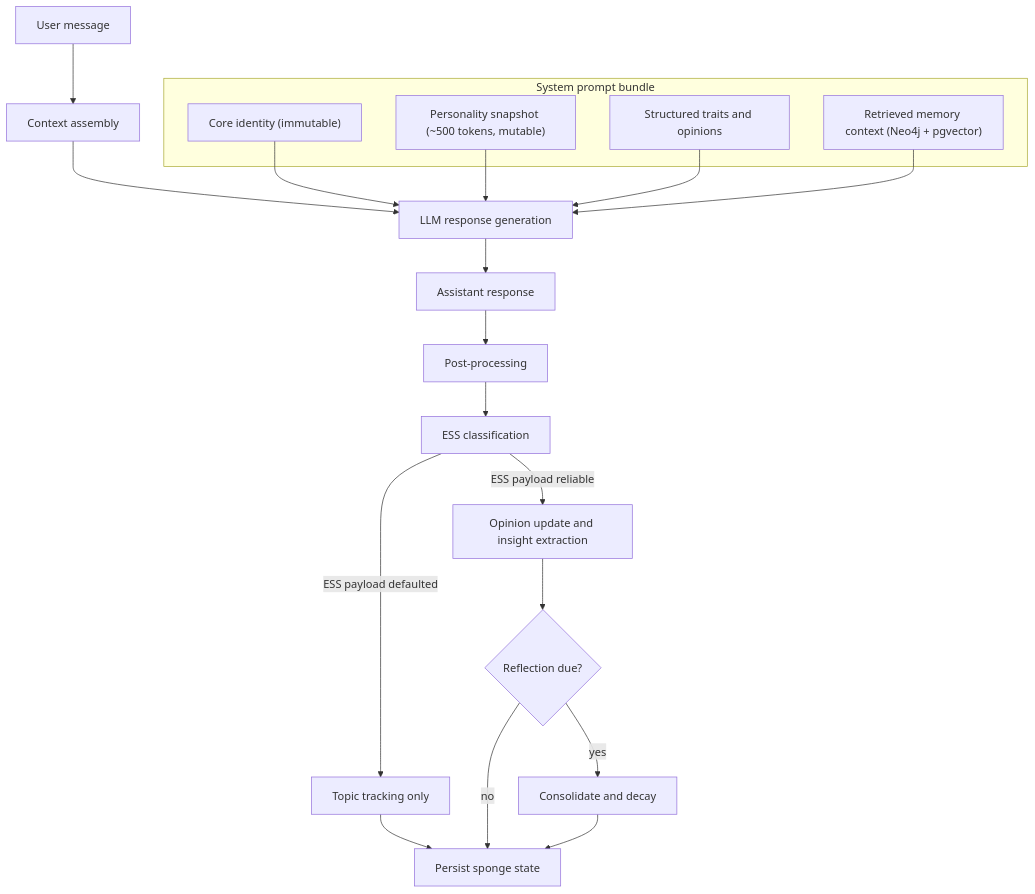
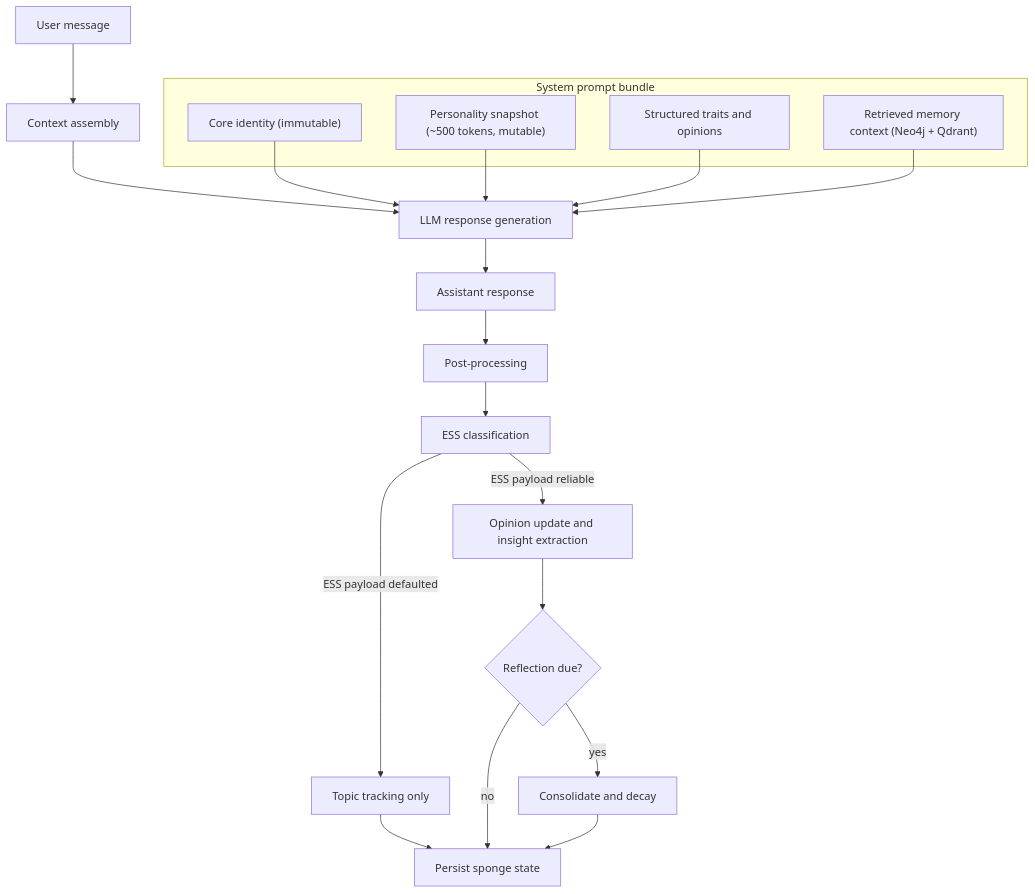
Before and after one commit to Okm165/Sonality: the first of 3 diagrams in README.md, drawn with Mermaid. The commit also changed other lines of this file and 70 other files, not shown here.

````diff
--- a/README.md
+++ b/README.md
@@ -11,27 +11,27 @@
 ```mermaid
 flowchart TD
     USER["User message"] --> CTX["Context assembly"]
 
     subgraph PROMPT["System prompt bundle"]
         ID["Core identity (immutable)"]
         SNAP["Personality snapshot (~500 tokens, mutable)"]
         TRAITS["Structured traits and opinions"]
-        MEM["Retrieved memory context (Neo4j + pgvector)"]
+        MEM["Retrieved memory context (Neo4j + Qdrant)"]
     end
 
     CTX --> GEN["LLM response generation"]
     ID --> GEN
     SNAP --> GEN
     TRAITS --> GEN
     MEM --> GEN
     GEN --> RESP["Assistant response"]
     RESP --> POST["Post-processing"]
     POST --> ESS["ESS classification"]
     ESS -->|ESS payload reliable| UPDATE["Opinion update and insight extraction"]
     ESS -->|ESS payload defaulted| TRACK["Topic tracking only"]
     UPDATE --> REFLECT{"Reflection due?"}
     TRACK --> SAVE["Persist sponge state"]
     REFLECT -->|yes| CONSOLIDATE["Consolidate and decay"]
     REFLECT -->|no| SAVE
     CONSOLIDATE --> SAVE
 ```
````
